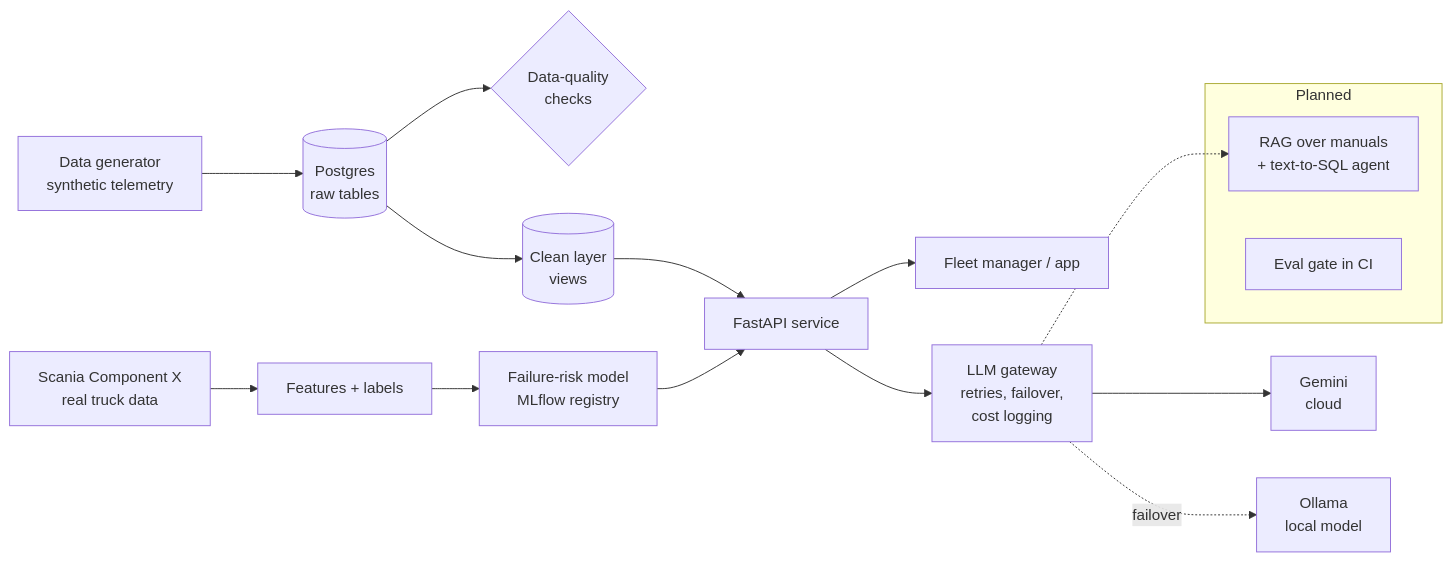
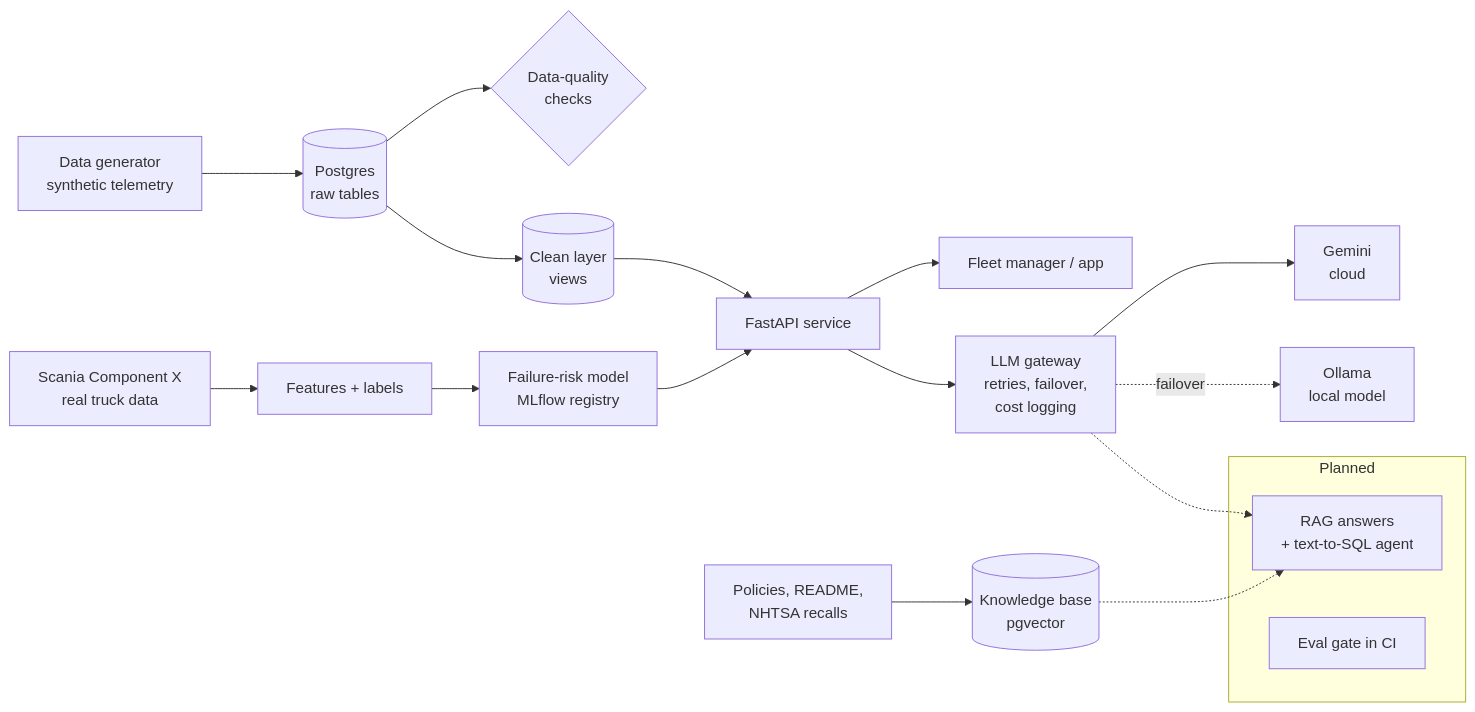
One commit to Dheebika27-99/fleetpilot changed the diagram in README.md. Above: the diagram before and after it, drawn with Mermaid. The commit also changed other lines of this file and 19 other files, not shown here.

Commit message:
Add RAG knowledge base: policies, NHTSA recalls, local embeddings, pgvector search

````diff
--- a/README.md
+++ b/README.md
@@ -14,20 +14,23 @@
 ```mermaid
 flowchart LR
     G[Data generator<br/>synthetic telemetry] --> R[(Postgres<br/>raw tables)]
     R --> Q{Data-quality<br/>checks}
     R --> C[(Clean layer<br/>views)]
     C --> API[FastAPI service]
     API --> U[Fleet manager / app]
 
     S[Scania Component X<br/>real truck data] --> F[Features + labels] --> PM[Failure-risk model<br/>MLflow registry] --> API
 
     API --> GW[LLM gateway<br/>retries, failover,<br/>cost logging]
     GW --> GEM[Gemini<br/>cloud]
     GW -.failover.-> OLL[Ollama<br/>local model]
 
+    D[Policies, README,<br/>NHTSA recalls] --> KB[(Knowledge base<br/>pgvector)]
+
     subgraph planned [Planned]
-        RAG[RAG over manuals<br/>+ text-to-SQL agent]
+        RAG[RAG answers<br/>+ text-to-SQL agent]
         EV[Eval gate in CI]
     end
+    KB -.-> RAG
     GW -.-> RAG
 ```
````
